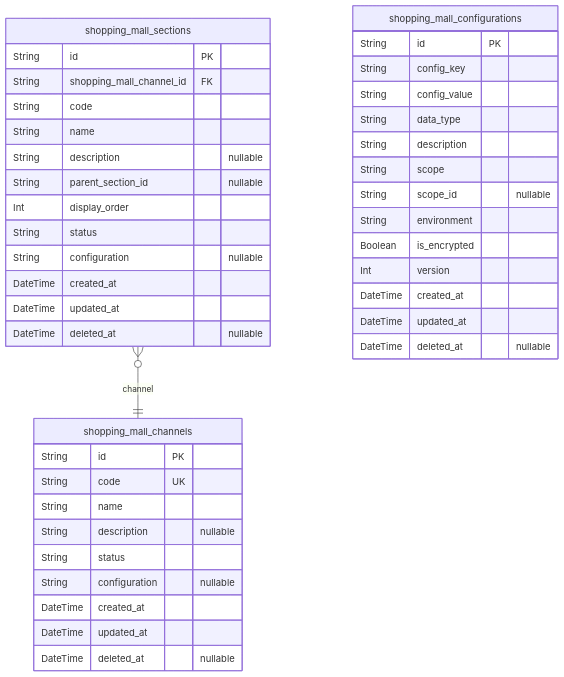
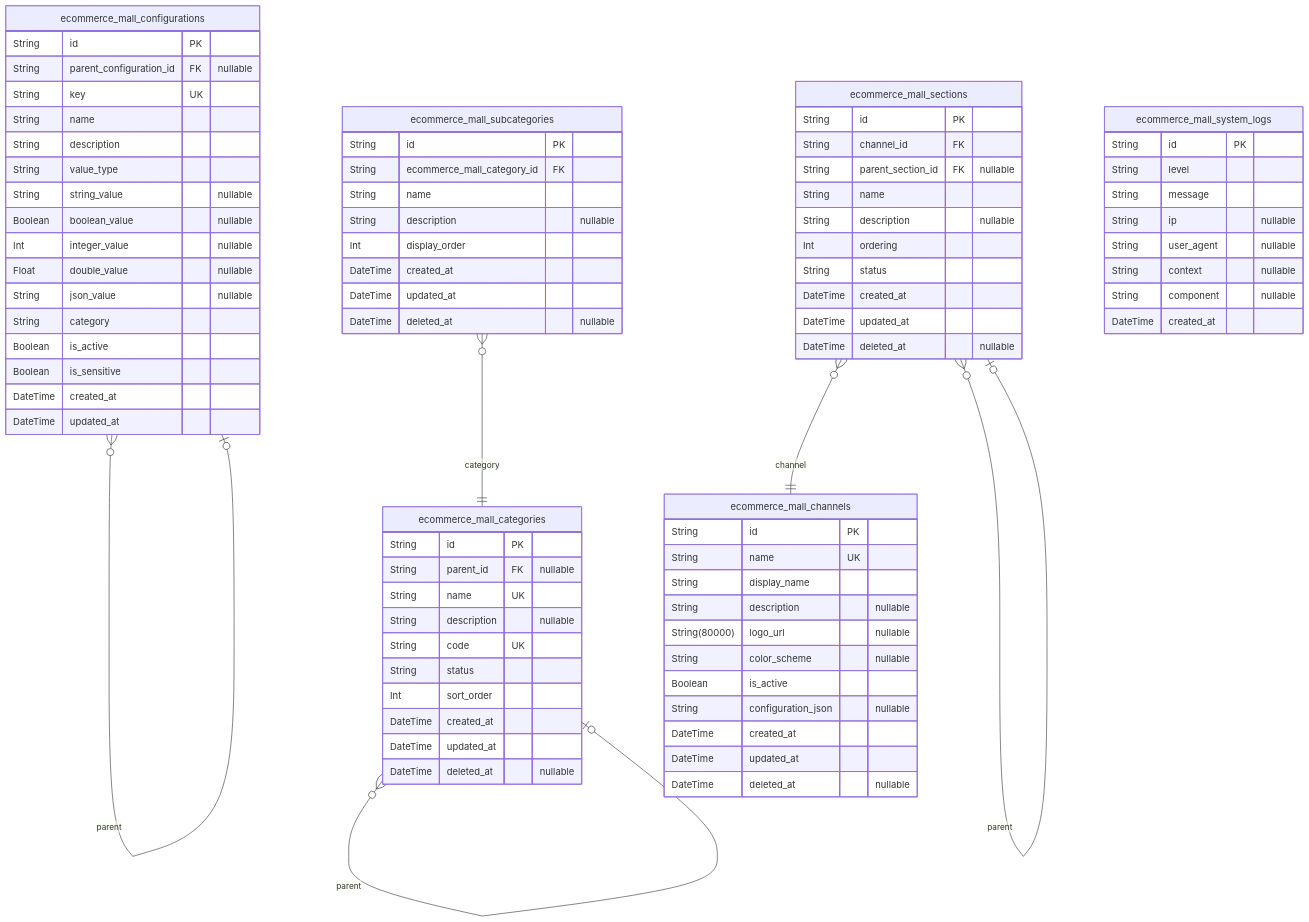
The second of 10 diagrams in deepseek/deepseek-v3.1-terminus-exacto/shopping/docs/ERD.md (wrtnlabs/autobe-examples), drawn with Mermaid before and after one commit. The commit also changed other lines of this file and 9391 other files, not shown here.

````diff
--- a/deepseek/deepseek-v3.1-terminus-exacto/shopping/docs/ERD.md
+++ b/deepseek/deepseek-v3.1-terminus-exacto/shopping/docs/ERD.md
@@ -18,44 +806,83 @@
 ```mermaid
 erDiagram
-"shopping_mall_channels" {
+"ecommerce_mall_categories" {
   String id PK
+  String parent_id FK "nullable"
+  String name UK
+  String description "nullable"
   String code UK
-  String name
-  String description "nullable"
   String status
-  String configuration "nullable"
+  Int sort_order
   DateTime created_at
   DateTime updated_at
   DateTime deleted_at "nullable"
 }
-"shopping_mall_sections" {
+"ecommerce_mall_subcategories" {
   String id PK
-  String shopping_mall_channel_id FK
-  String code
+  String ecommerce_mall_category_id FK
   String name
   String description "nullable"
-  String parent_section_id "nullable"
   Int display_order
-  String status
-  String configuration "nullable"
   DateTime created_at
   DateTime updated_at
   DateTime deleted_at "nullable"
 }
-"shopping_mall_configurations" {
+"ecommerce_mall_configurations" {
   String id PK
-  String config_key
-  String config_value
-  String data_type
+  String parent_configuration_id FK "nullable"
+  String key UK
+  String name
   String description
-  String scope
-  String scope_id "nullable"
-  String environment
-  Boolean is_encrypted
-  Int version
+  String value_type
+  String string_value "nullable"
+  Boolean boolean_value "nullable"
+  Int integer_value "nullable"
+  Float double_value "nullable"
+  String json_value "nullable"
+  String category
+  Boolean is_active
+  Boolean is_sensitive
+  DateTime created_at
+  DateTime updated_at
+}
+"ecommerce_mall_channels" {
+  String id PK
+  String name UK
+  String display_name
+  String description "nullable"
+  String(80000) logo_url "nullable"
+  String color_scheme "nullable"
+  Boolean is_active
+  String configuration_json "nullable"
   DateTime created_at
   DateTime updated_at
   DateTime deleted_at "nullable"
 }
-"shopping_mall_sections" }o--|| "shopping_mall_channels" : channel
+"ecommerce_mall_sections" {
+  String id PK
+  String channel_id FK
+  String parent_section_id FK "nullable"
+  String name
+  String description "nullable"
+  Int ordering
+  String status
+  DateTime created_at
+  DateTime updated_at
+  DateTime deleted_at "nullable"
+}
+"ecommerce_mall_system_logs" {
+  String id PK
+  String level
+  String message
+  String ip "nullable"
+  String user_agent "nullable"
+  String context "nullable"
+  String component "nullable"
+  DateTime created_at
+}
+"ecommerce_mall_categories" }o--o| "ecommerce_mall_categories" : parent
+"ecommerce_mall_subcategories" }o--|| "ecommerce_mall_categories" : category
+"ecommerce_mall_configurations" }o--o| "ecommerce_mall_configurations" : parent
+"ecommerce_mall_sections" }o--|| "ecommerce_mall_channels" : channel
+"ecommerce_mall_sections" }o--o| "ecommerce_mall_sections" : parent
 ```
````
